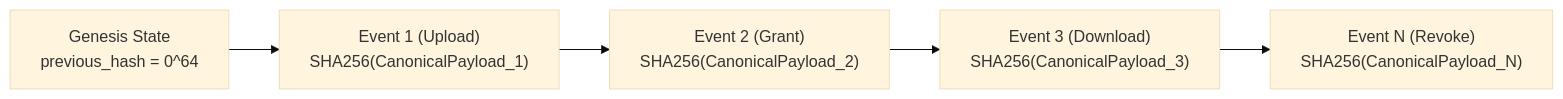
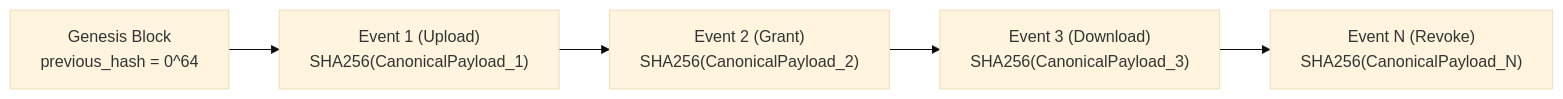
Before and after one commit to Narendra-1715/Trust_Vault: the second of 3 diagrams in README.md, drawn with Mermaid (base theme). The commit also changed other lines of this file, not shown here.

Commit message:
docs: streamline README with latest security architecture, RLS, envelope encryption, and test suite

````diff
--- a/README.md
+++ b/README.md
@@ -122,7 +154,7 @@
 ```mermaid
 flowchart LR
-    Genesis["Genesis State<br/>previous_hash = 0^64"] --> Event1["Event 1 (Upload)<br/>SHA256(CanonicalPayload_1)"]
+    Genesis["Genesis Block<br/>previous_hash = 0^64"] --> Event1["Event 1 (Upload)<br/>SHA256(CanonicalPayload_1)"]
     Event1 --> Event2["Event 2 (Grant)<br/>SHA256(CanonicalPayload_2)"]
     Event2 --> Event3["Event 3 (Download)<br/>SHA256(CanonicalPayload_3)"]
     Event3 --> EventN["Event N (Revoke)<br/>SHA256(CanonicalPayload_N)"]
 ```
````
